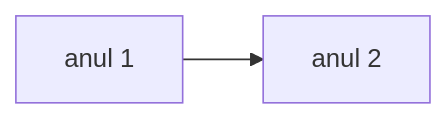
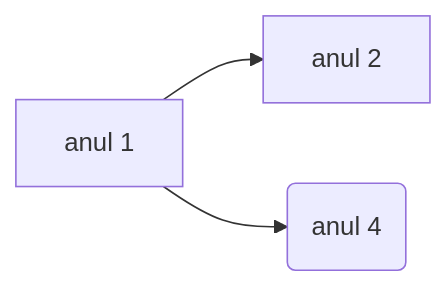
The diagram in mermaid.md (Andu2005/Andrei-Toader.github.io), drawn with Mermaid before and after one commit.

````diff
--- a/mermaid.md
+++ b/mermaid.md
@@ -3,4 +3,5 @@
 ```mermaid
 flowchart LR
 A[anul 1] --> B[anul 2]
+A --> C(anul 4)
 ```
````
